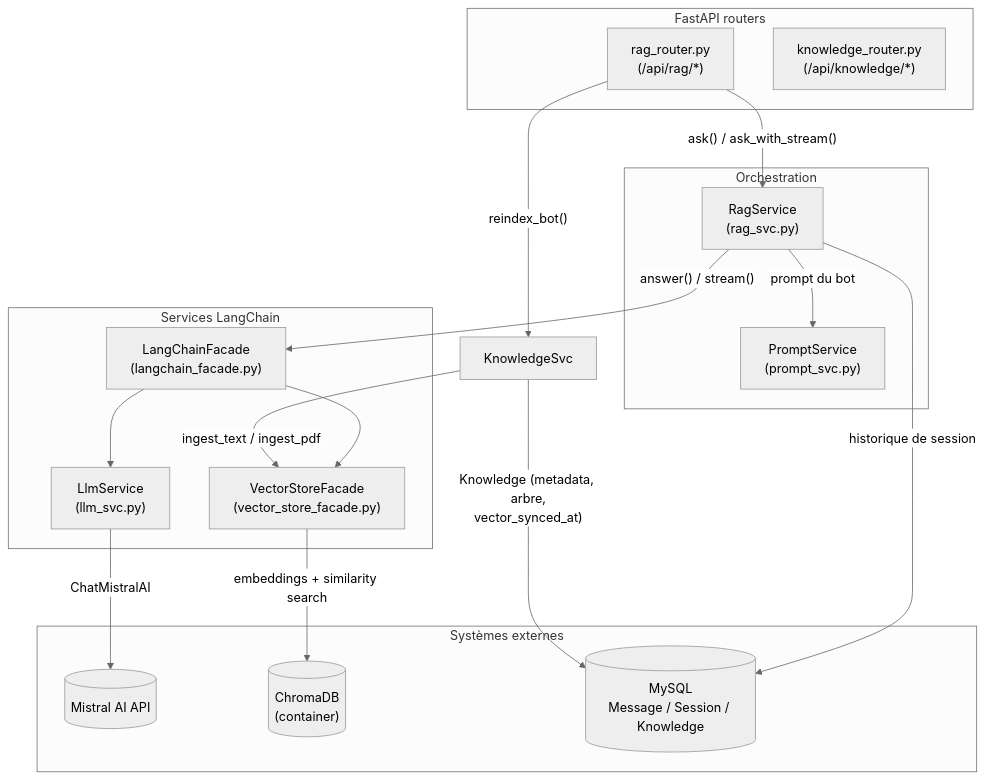
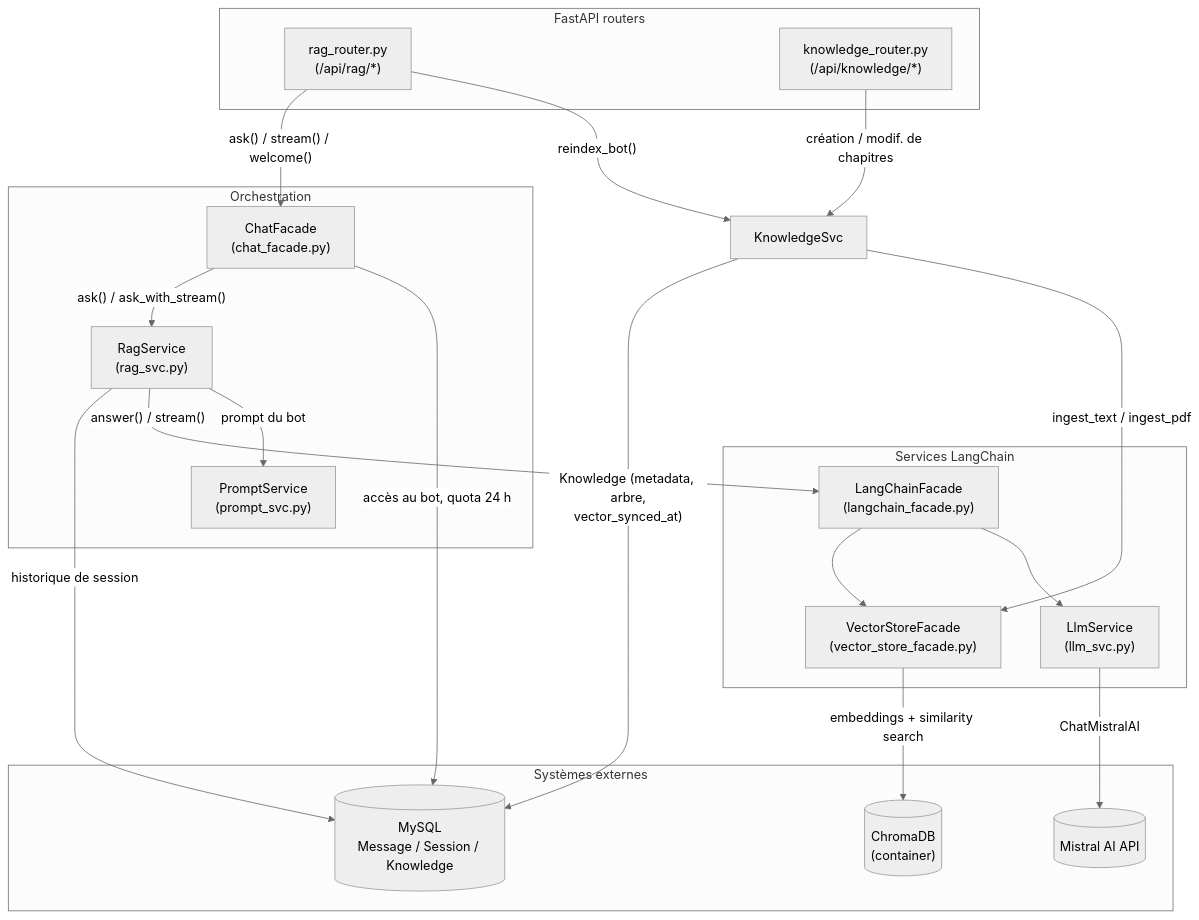
Before and after one commit to pierrefaraco/bot-factory: the first of 6 diagrams in server/doc/LANGCHAIN_ARCHITECTURE.md, drawn with Mermaid (neutral theme). The commit also changed other lines of this file, not shown here.

First line of the commit message:
Bring LANGCHAIN_ARCHITECTURE.md up to date with the code

````diff
--- a/server/doc/LANGCHAIN_ARCHITECTURE.md
+++ b/server/doc/LANGCHAIN_ARCHITECTURE.md
@@ -33,36 +38,40 @@
 ```mermaid
 flowchart TB
     subgraph API["FastAPI routers"]
         RAGR["rag_router.py<br/>(/api/rag/*)"]
         KNOWR["knowledge_router.py<br/>(/api/knowledge/*)"]
     end
 
     subgraph ORCH["Orchestration"]
+        CHAT["ChatFacade<br/>(chat_facade.py)"]
         RAG["RagService<br/>(rag_svc.py)"]
         PROMPT["PromptService<br/>(prompt_svc.py)"]
     end
 
     subgraph LC["Services LangChain"]
         FACADE["LangChainFacade<br/>(langchain_facade.py)"]
         LLM["LlmService<br/>(llm_svc.py)"]
         CHROMA["VectorStoreFacade<br/>(vector_store_facade.py)"]
     end
 
     subgraph EXT["Systèmes externes"]
         MISTRAL[("Mistral AI API")]
         CHROMADB[("ChromaDB<br/>(container)")]
         MYSQL[("MySQL<br/>Message / Session / Knowledge")]
     end
 
     RAGR -->|"reindex_bot()"| KNOWSVC["KnowledgeSvc"]
+    KNOWR -->|"création / modif. de chapitres"| KNOWSVC
     KNOWSVC -->|"ingest_text / ingest_pdf"| CHROMA
     KNOWSVC -->|"Knowledge (metadata, arbre,<br/>vector_synced_at)"| MYSQL
-    RAGR -->|"ask() / ask_with_stream()"| RAG
+    RAGR -->|"ask() / stream() / welcome()"| CHAT
+    CHAT -->|"accès au bot, quota 24 h"| MYSQL
+    CHAT -->|"ask() / ask_with_stream()"| RAG
     RAG -->|"prompt du bot"| PROMPT
     RAG -->|"answer() / stream()"| FACADE
     FACADE --> LLM
     FACADE --> CHROMA
     RAG -->|"historique de session"| MYSQL
     LLM -->|"ChatMistralAI"| MISTRAL
     CHROMA -->|"embeddings + similarity search"| CHROMADB
 ```
````
